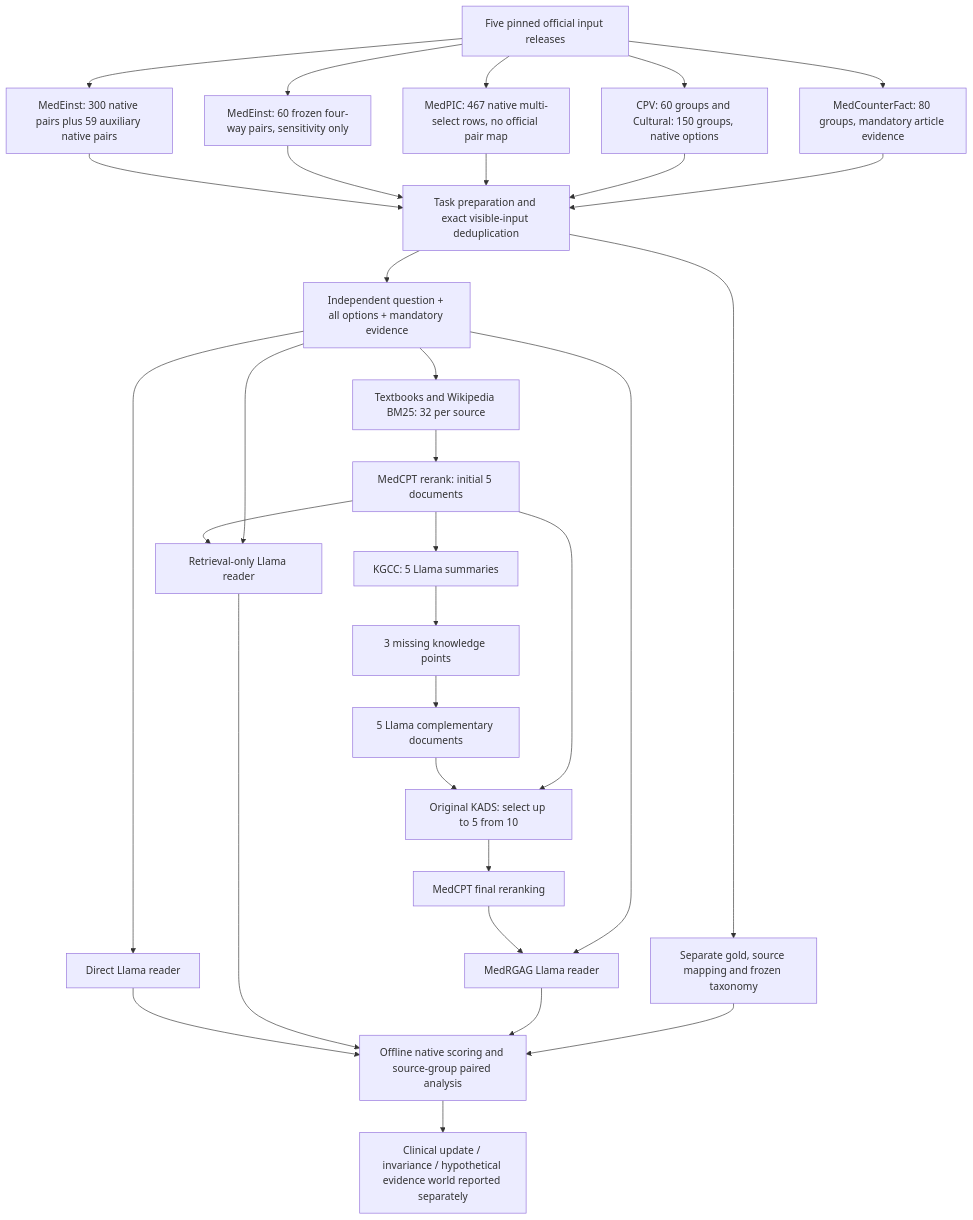
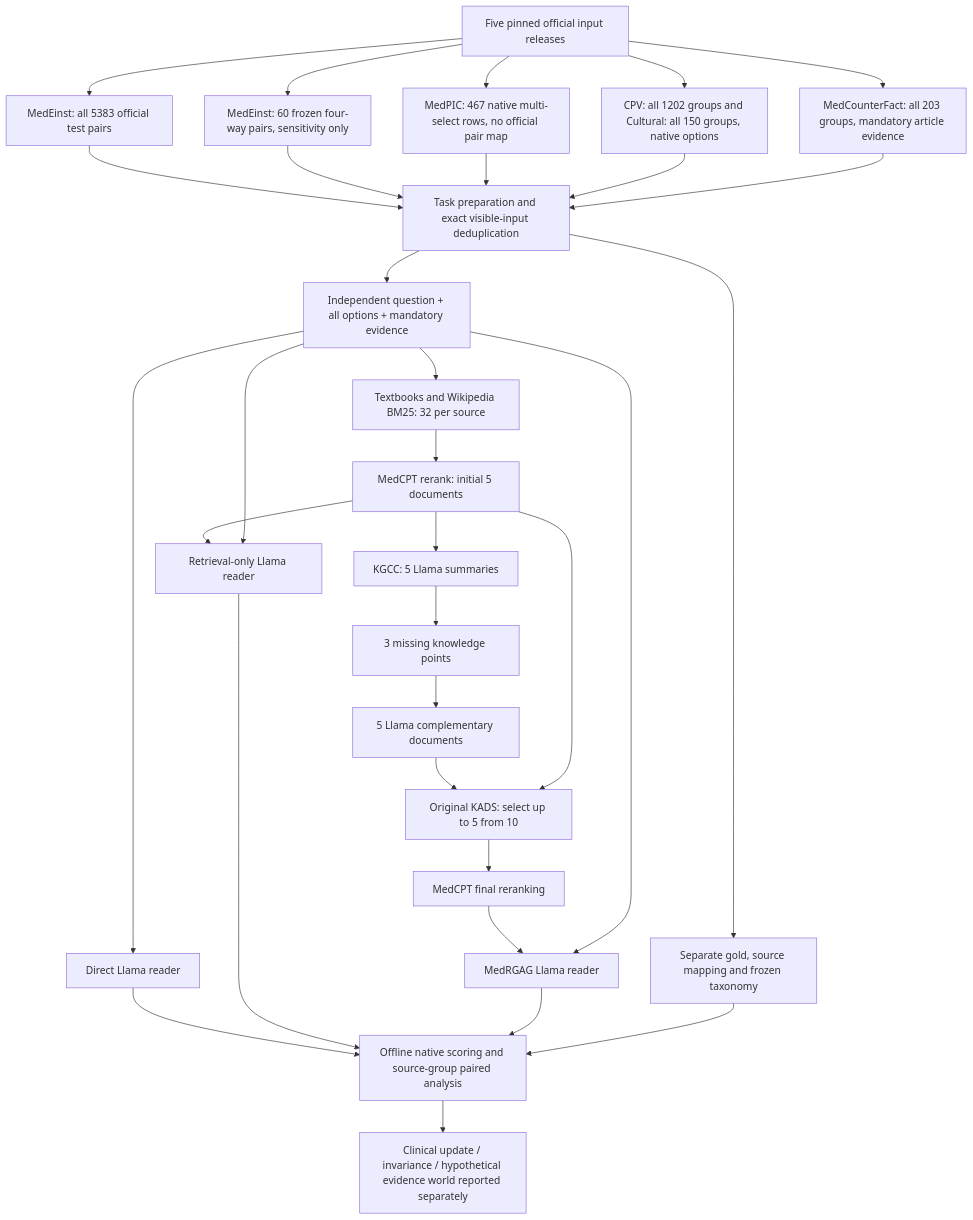
One commit to xiotakut/cf_mrg changed the diagram in cf_medrgag_validation_pack/results_cf_full_test/flow.mmd. Above: the diagram before and after it, drawn with Mermaid. The commit also changed 11 other files, not shown here.

```diff
--- a/cf_medrgag_validation_pack/results_cf_full_test/flow.mmd
+++ b/cf_medrgag_validation_pack/results_cf_full_test/flow.mmd
@@ -1,31 +1,31 @@
 flowchart TD
-  Sources[Five pinned official input releases] --> Diagnosis[MedEinst: 300 native pairs plus 59 auxiliary native pairs]
+  Sources[Five pinned official input releases] --> Diagnosis[MedEinst: all 5383 official test pairs]
   Sources --> FourWay[MedEinst: 60 frozen four-way pairs, sensitivity only]
   Sources --> Multi[MedPIC: 467 native multi-select rows, no official pair map]
-  Sources --> Choice[CPV: 60 groups and Cultural: 150 groups, native options]
-  Sources --> World[MedCounterFact: 80 groups, mandatory article evidence]
+  Sources --> Choice[CPV: all 1202 groups and Cultural: all 150 groups, native options]
+  Sources --> World[MedCounterFact: all 203 groups, mandatory article evidence]
   Diagnosis --> Prepare[Task preparation and exact visible-input deduplication]
   FourWay --> Prepare
   Multi --> Prepare
   Choice --> Prepare
   World --> Prepare
   Prepare --> Tasks[Independent question + all options + mandatory evidence]
   Prepare --> Labels[Separate gold, source mapping and frozen taxonomy]
   Tasks --> M0[Direct Llama reader]
   Tasks --> Retrieval[Textbooks and Wikipedia BM25: 32 per source]
   Retrieval --> Rank[MedCPT rerank: initial 5 documents]
   Rank --> M1[Retrieval-only Llama reader]
   Rank --> Summary[KGCC: 5 Llama summaries]
   Summary --> Explore[3 missing knowledge points]
   Explore --> Generate[5 Llama complementary documents]
   Generate --> KADS[Original KADS: select up to 5 from 10]
   Rank --> KADS
   KADS --> FinalRank[MedCPT final reranking]
   FinalRank --> M2[MedRGAG Llama reader]
   Tasks --> M1
   Tasks --> M2
   M0 --> Eval[Offline native scoring and source-group paired analysis]
   M1 --> Eval
   M2 --> Eval
   Labels --> Eval
   Eval --> Domains[Clinical update / invariance / hypothetical evidence world reported separately]
```
